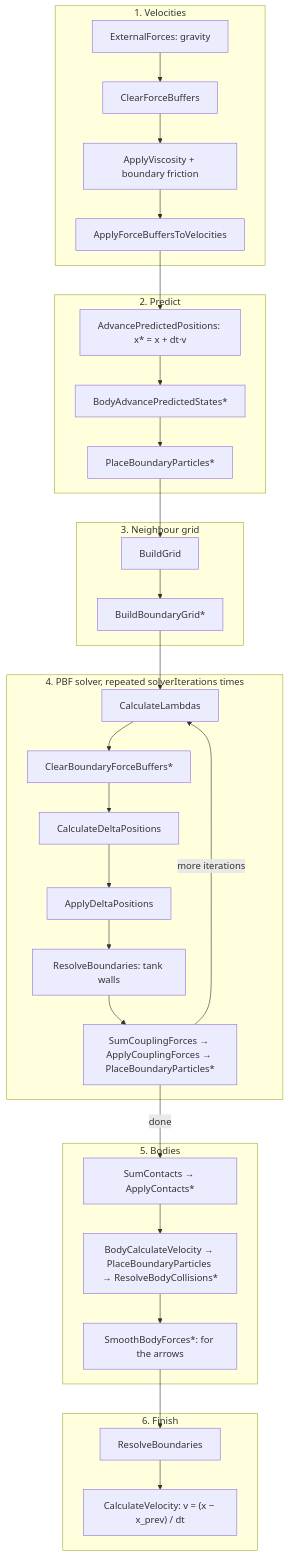
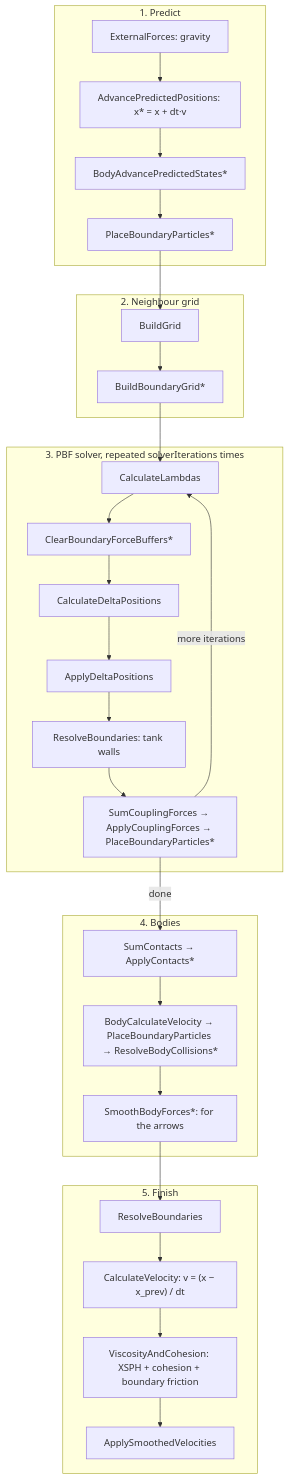
The second of 4 diagrams in docs/ARCHITECTURE.md (Wania8462/Physics-fluid-practicals-simulation), drawn with Mermaid before and after one commit. The commit also changed other lines of this file and 14 other files, not shown here.

Commit message:
Changed viscosity to XSPH

````diff
--- a/docs/ARCHITECTURE.md
+++ b/docs/ARCHITECTURE.md
@@ -63,41 +63,37 @@
 ```mermaid
 flowchart TD
-    subgraph V["1. Velocities"]
-        EF["ExternalForces: gravity"] --> CFB["ClearForceBuffers"]
-        CFB --> AV["ApplyViscosity + boundary friction"]
-        AV --> AFB["ApplyForceBuffersToVelocities"]
-    end
-
-    subgraph PR["2. Predict"]
-        APP["AdvancePredictedPositions: x* = x + dt·v"] --> BAP["BodyAdvancePredictedStates*"]
+    subgraph PR["1. Predict"]
+        EF["ExternalForces: gravity"] --> APP["AdvancePredictedPositions: x* = x + dt·v"]
+        APP --> BAP["BodyAdvancePredictedStates*"]
         BAP --> PBP1["PlaceBoundaryParticles*"]
     end
 
-    subgraph G["3. Neighbour grid"]
+    subgraph G["2. Neighbour grid"]
         BG["BuildGrid"] --> BBG["BuildBoundaryGrid*"]
     end
 
-    subgraph SOL["4. PBF solver, repeated solverIterations times"]
+    subgraph SOL["3. PBF solver, repeated solverIterations times"]
         CL["CalculateLambdas"] --> CBF["ClearBoundaryForceBuffers*"]
         CBF --> CDP["CalculateDeltaPositions"]
         CDP --> ADP["ApplyDeltaPositions"]
         ADP --> RBD["ResolveBoundaries: tank walls"]
         RBD --> CPL["SumCouplingForces → ApplyCouplingForces → PlaceBoundaryParticles*"]
     end
 
-    subgraph BOD["5. Bodies"]
+    subgraph BOD["4. Bodies"]
         CON["SumContacts → ApplyContacts*"] --> BCV["BodyCalculateVelocity → PlaceBoundaryParticles → ResolveBodyCollisions*"]
         BCV --> SBF["SmoothBodyForces*: for the arrows"]
     end
 
-    subgraph END["6. Finish"]
+    subgraph END["5. Finish"]
         RB2["ResolveBoundaries"] --> CV["CalculateVelocity: v = (x − x_prev) / dt"]
+        CV --> XS["ViscosityAndCohesion: XSPH + cohesion + boundary friction"]
+        XS --> ASV["ApplySmoothedVelocities"]
     end
 
-    AFB --> APP
     PBP1 --> BG
     BBG --> CL
     CPL -- "more iterations" --> CL
     CPL -- "done" --> CON
     SBF --> RB2
 ```
````
